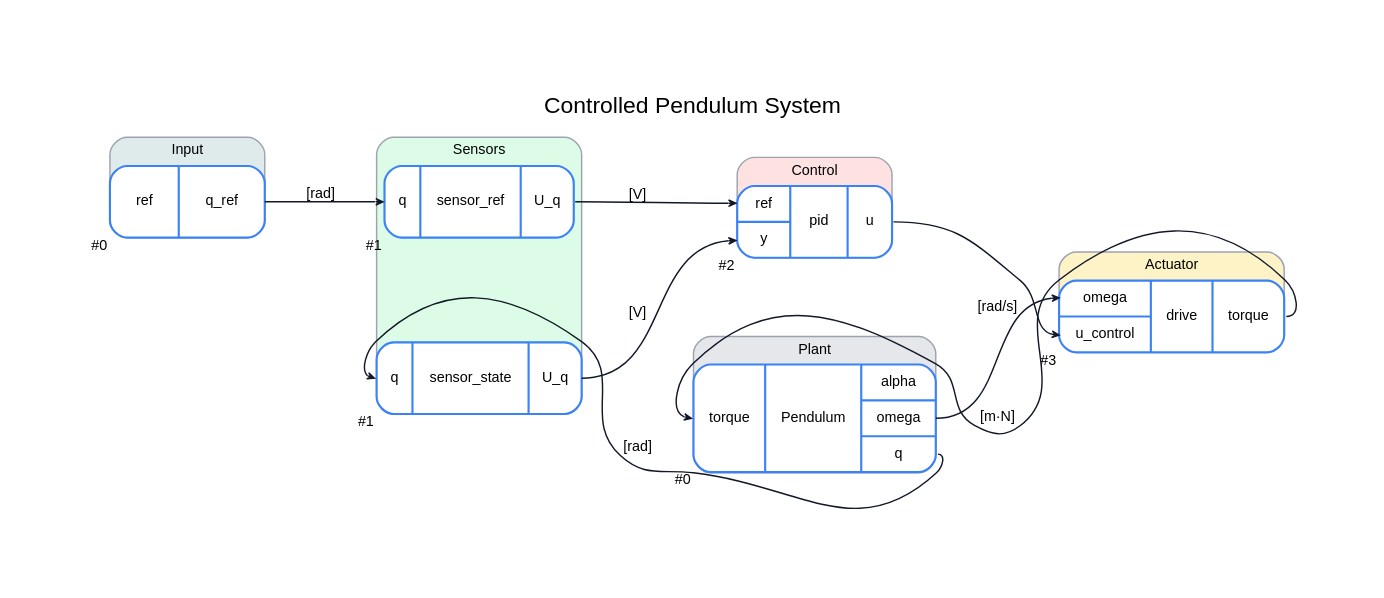
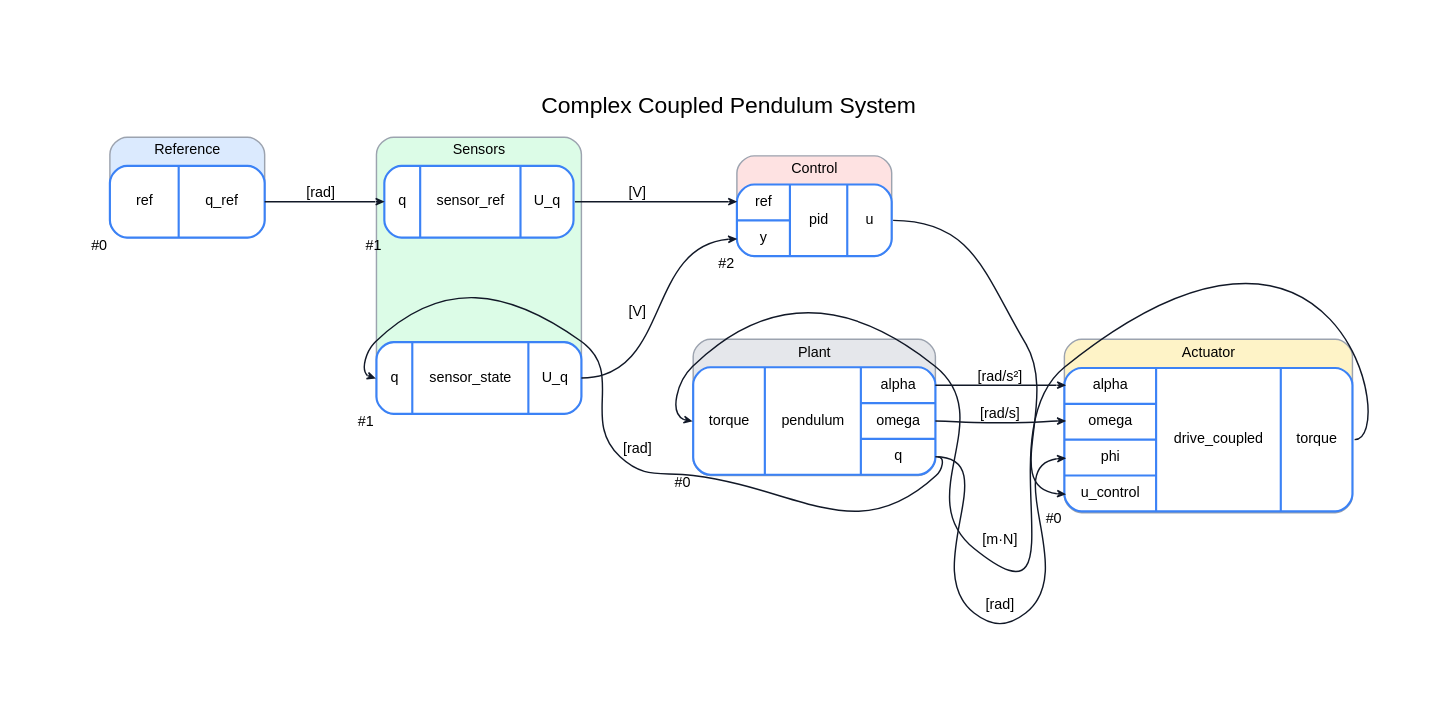
One commit to FlorianFrech/SystemSimulation changed the diagram in demos/ControlledPendulum/Digraph.gv. Above: the diagram before and after it, drawn with Graphviz. The commit also changed 66 other files, not shown here.

```diff
--- a/demos/ControlledPendulum/Digraph.gv
+++ b/demos/ControlledPendulum/Digraph.gv
@@ -1,34 +1,36 @@
-// System: Controlled Pendulum System
+// System: Complex Coupled Pendulum System
 digraph {
-	graph [bgcolor=white compound=true esep=0 fontname=Helvetica fontsize=16 label="Controlled Pendulum System" labelloc=t margin=0.2 nodesep=1 pad=0.75 rankdir=LR ranksep=0.75 sep=0 smoothType=graph_dist splines=true]
+	graph [bgcolor=white compound=true esep=0 fontname=Helvetica fontsize=16 label="Complex Coupled Pendulum System" labelloc=t margin=0.2 nodesep=1 pad=0.75 rankdir=LR ranksep=0.75 sep=0 smoothType=graph_dist splines=true]
 	node [color="#3b82f6" fillcolor=white fontname=Helvetica fontsize=10 height=0.7 margin="0.12,0.1" penwidth=1.5 shape=record style="rounded,filled" width=1.5]
 	edge [arrowhead=open arrowsize=0.5 arrowtail=none color="#111827" dir=forward fontname=Helvetica fontsize=10 labelangle=45 labelfontcolor="#374151" minlen=1.4 penwidth=1 style=solid]
-	subgraph cluster_Input {
-		bgcolor="#dfebeb" color="#9ca3af" fontname=Helvetica fontsize=10 label=Input style=rounded
+	subgraph cluster_Reference {
+		bgcolor="#dbeafe" color="#9ca3af" fontname=Helvetica fontsize=10 label=Reference style=rounded
 		ref [label="{ ref | { <q_ref> q_ref } }" xlabel="#0"]
 	}
 	subgraph cluster_Sensors {
 		bgcolor="#dcfce7" color="#9ca3af" fontname=Helvetica fontsize=10 label=Sensors style=rounded
 		sensor_ref [label="{ { <q> q } | sensor_ref | { <U_q> U_q } }" xlabel="#1"]
 		sensor_state [label="{ { <q> q } | sensor_state | { <U_q> U_q } }" xlabel="#1"]
 	}
 	subgraph cluster_Control {
 		bgcolor="#fee2e2" color="#9ca3af" fontname=Helvetica fontsize=10 label=Control style=rounded
 		pid [label="{ { <ref> ref | <y> y } | pid | { <u> u } }" xlabel="#2"]
 	}
 	subgraph cluster_Actuator {
 		bgcolor="#fef3c7" color="#9ca3af" fontname=Helvetica fontsize=10 label=Actuator style=rounded
-		drive [label="{ { <omega> omega | <u_control> u_control } | drive | { <torque> torque } }" xlabel="#3"]
+		drive_coupled [label="{ { <alpha> alpha | <omega> omega | <phi> phi | <u_control> u_control } | drive_coupled | { <torque> torque } }" xlabel="#0"]
 	}
 	subgraph cluster_Plant {
 		bgcolor="#e5e7eb" color="#9ca3af" fontname=Helvetica fontsize=10 label=Plant style=rounded
-		Pendulum [label="{ { <torque> torque } | Pendulum | { <alpha> alpha | <omega> omega | <q> q } }" xlabel="#0"]
+		pendulum [label="{ { <torque> torque } | pendulum | { <alpha> alpha | <omega> omega | <q> q } }" xlabel="#0"]
 	}
 	ref -> sensor_ref [label="[rad]" color="#111827" headclip=true headport="q:w" style=solid tailclip=true tailport="q_ref:e"]
-	Pendulum -> sensor_state [label="[rad]" color="#111827" headclip=true headport="q:w" style=solid tailclip=true tailport="q:e"]
+	pendulum -> sensor_state [label="[rad]" color="#111827" headclip=true headport="q:w" style=solid tailclip=true tailport="q:e"]
 	sensor_ref -> pid [label="[V]" color="#111827" headclip=true headport="ref:w" style=solid tailclip=true tailport="U_q:e"]
 	sensor_state -> pid [label="[V]" color="#111827" headclip=true headport="y:w" style=solid tailclip=true tailport="U_q:e"]
-	pid -> drive [label="" color="#111827" headclip=true headport="u_control:w" style=solid tailclip=true tailport="u:e"]
-	drive -> Pendulum [label="[m·N]" color="#111827" headclip=true headport="torque:w" style=solid tailclip=true tailport="torque:e"]
-	Pendulum -> drive [label="[rad/s]" color="#111827" headclip=true headport="omega:w" style=solid tailclip=true tailport="omega:e"]
+	pid -> drive_coupled [label="" color="#111827" headclip=true headport="u_control:w" style=solid tailclip=true tailport="u:e"]
+	drive_coupled -> pendulum [label="[m·N]" color="#111827" headclip=true headport="torque:w" style=solid tailclip=true tailport="torque:e"]
+	pendulum -> drive_coupled [label="[rad]" color="#111827" headclip=true headport="phi:w" style=solid tailclip=true tailport="q:e"]
+	pendulum -> drive_coupled [label="[rad/s]" color="#111827" headclip=true headport="omega:w" style=solid tailclip=true tailport="omega:e"]
+	pendulum -> drive_coupled [label="[rad/s²]" color="#111827" headclip=true headport="alpha:w" style=solid tailclip=true tailport="alpha:e"]
 }
```
